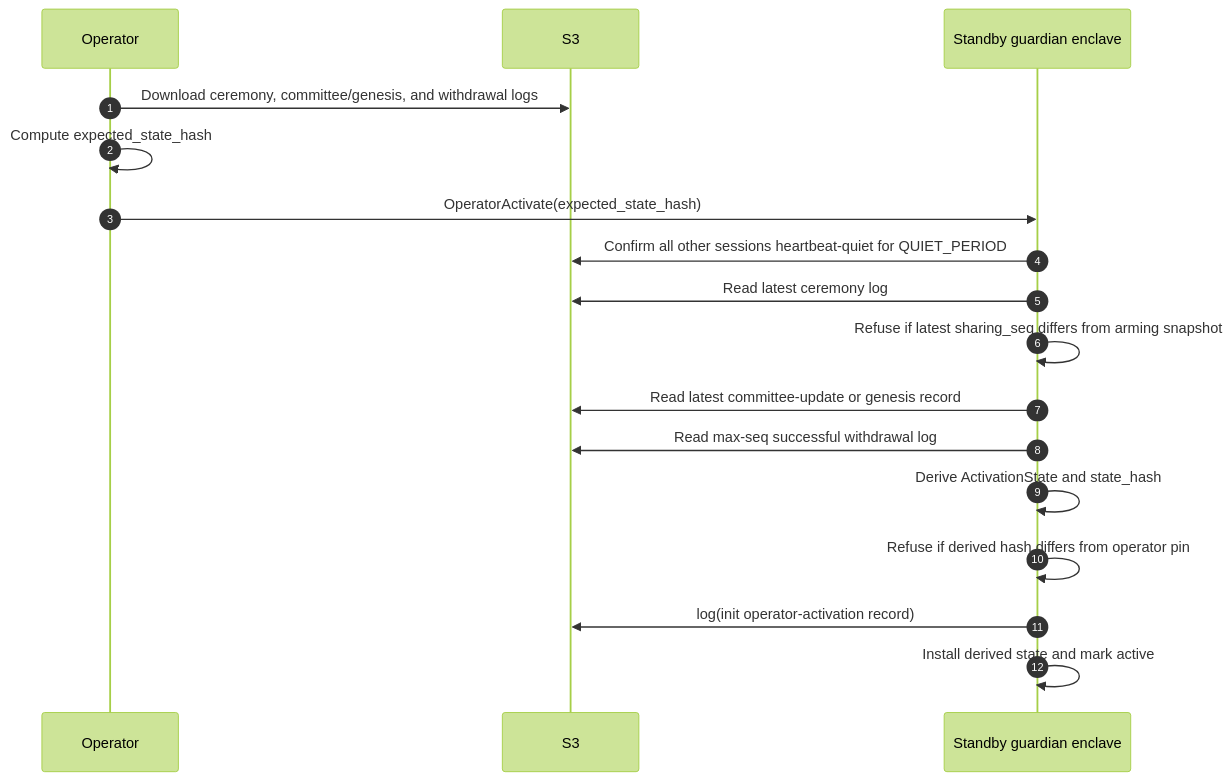
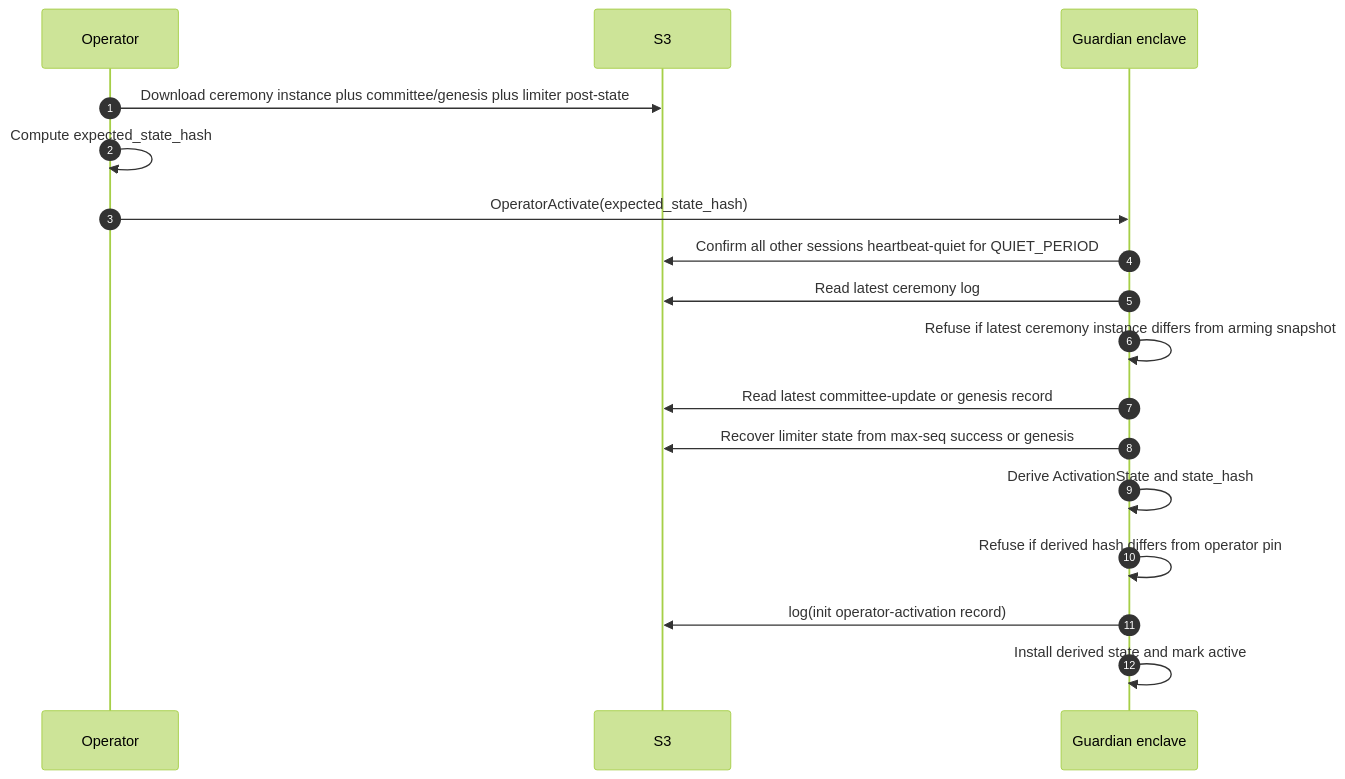
One commit to MystenLabs/hashi changed the third of 4 diagrams in design/docs/guardian.mdx. Above: the diagram before and after it, drawn with Mermaid (forest theme). The commit also changed other lines of this file, not shown here.

Commit message:
docs: refine guardian standby diagrams

````diff
--- a/design/docs/guardian.mdx
+++ b/design/docs/guardian.mdx
@@ -120,22 +121,22 @@
 ```mermaid
 sequenceDiagram
     autonumber
 
     participant Operator
     participant S3
-    participant Guardian as Standby guardian enclave
+    participant Guardian as Guardian enclave
 
-    Operator->>S3: Download ceremony, committee/genesis, and withdrawal logs
+    Operator->>S3: Download ceremony instance plus committee/genesis plus limiter post-state
     Operator->>Operator: Compute expected_state_hash
     Operator->>Guardian: OperatorActivate(expected_state_hash)
 
     Guardian->>S3: Confirm all other sessions heartbeat-quiet for QUIET_PERIOD
     Guardian->>S3: Read latest ceremony log
-    Guardian->>Guardian: Refuse if latest sharing_seq differs from arming snapshot
+    Guardian->>Guardian: Refuse if latest ceremony instance differs from arming snapshot
     Guardian->>S3: Read latest committee-update or genesis record
-    Guardian->>S3: Read max-seq successful withdrawal log
+    Guardian->>S3: Recover limiter state from max-seq success or genesis
     Guardian->>Guardian: Derive ActivationState and state_hash
     Guardian->>Guardian: Refuse if derived hash differs from operator pin
     Guardian->>S3: log(init operator-activation record)
     Guardian->>Guardian: Install derived state and mark active
 ```
````
